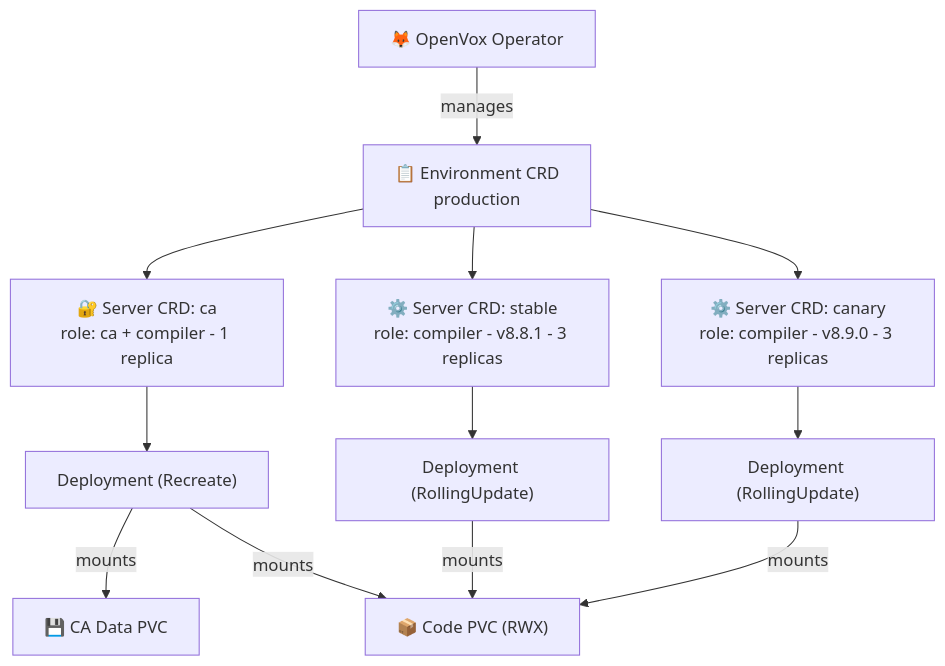
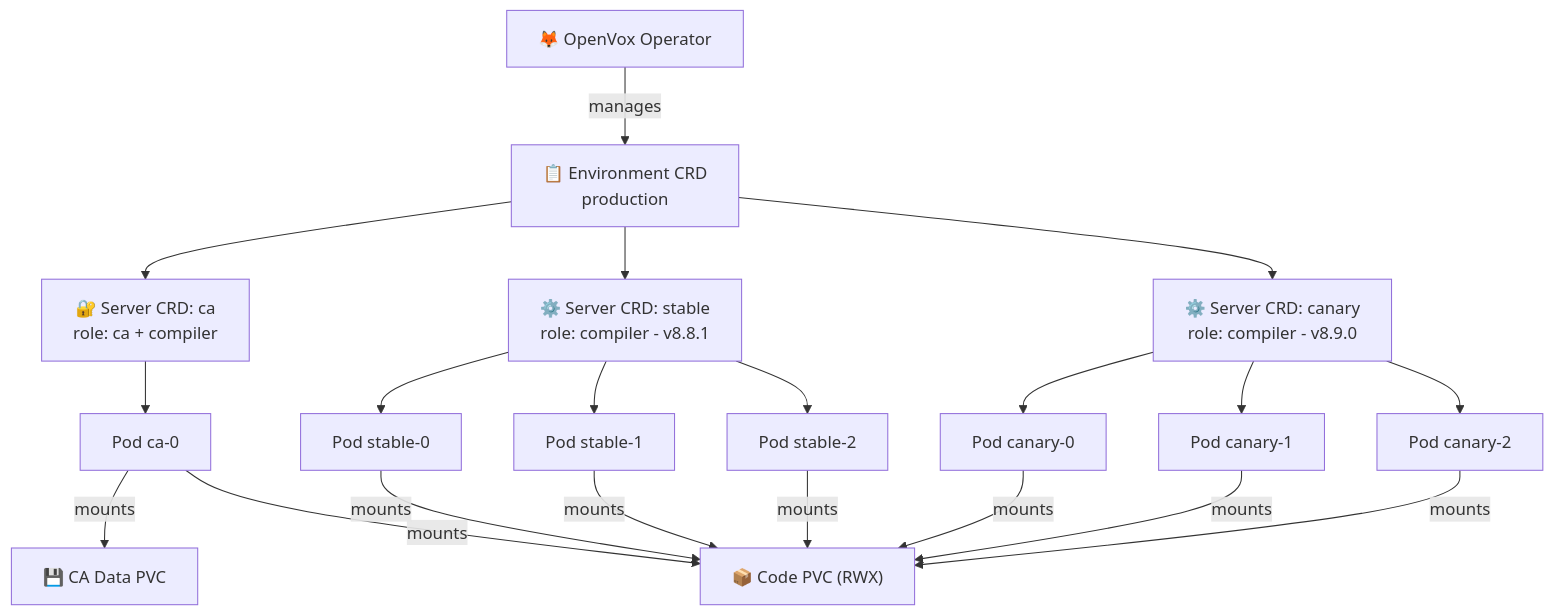
Before and after one commit to mathildabot/openvox-operator: the diagram in README.md, drawn with Mermaid.

Commit message:
docs: show individual Pods mounting PVCs in architecture diagram

````diff
--- a/README.md
+++ b/README.md
@@ -22,19 +22,27 @@
 ```mermaid
 graph TD
     Op["🦊 OpenVox Operator"]
     Op -->|manages| Env
 
     Env["📋 Environment CRD<br/>production"]
-    Env --> CA["🔐 Server CRD: ca<br/>role: ca + compiler - 1 replica"]
-    Env --> Stable["⚙️ Server CRD: stable<br/>role: compiler - v8.8.1 - 3 replicas"]
-    Env --> Canary["⚙️ Server CRD: canary<br/>role: compiler - v8.9.0 - 3 replicas"]
+    Env --> CA["🔐 Server CRD: ca<br/>role: ca + compiler"]
+    Env --> Stable["⚙️ Server CRD: stable<br/>role: compiler - v8.8.1"]
+    Env --> Canary["⚙️ Server CRD: canary<br/>role: compiler - v8.9.0"]
 
-    CA --> CA_D["Deployment (Recreate)"]
-    Stable --> ST_D["Deployment (RollingUpdate)"]
-    Canary --> CA_D2["Deployment (RollingUpdate)"]
+    CA --> CA_P["Pod ca-0"]
+    Stable --> ST_P1["Pod stable-0"]
+    Stable --> ST_P2["Pod stable-1"]
+    Stable --> ST_P3["Pod stable-2"]
+    Canary --> CA_P2["Pod canary-0"]
+    Canary --> CA_P3["Pod canary-1"]
+    Canary --> CA_P4["Pod canary-2"]
 
-    CA_D -->|mounts| CA_PVC["💾 CA Data PVC"]
-    CA_D -->|mounts| Code_PVC
-    ST_D -->|mounts| Code_PVC["📦 Code PVC (RWX)"]
-    CA_D2 -->|mounts| Code_PVC
+    CA_P -->|mounts| CA_PVC["💾 CA Data PVC"]
+    CA_P -->|mounts| Code_PVC
+    ST_P1 -->|mounts| Code_PVC["📦 Code PVC (RWX)"]
+    ST_P2 -->|mounts| Code_PVC
+    ST_P3 -->|mounts| Code_PVC
+    CA_P2 -->|mounts| Code_PVC
+    CA_P3 -->|mounts| Code_PVC
+    CA_P4 -->|mounts| Code_PVC
 ```
````
